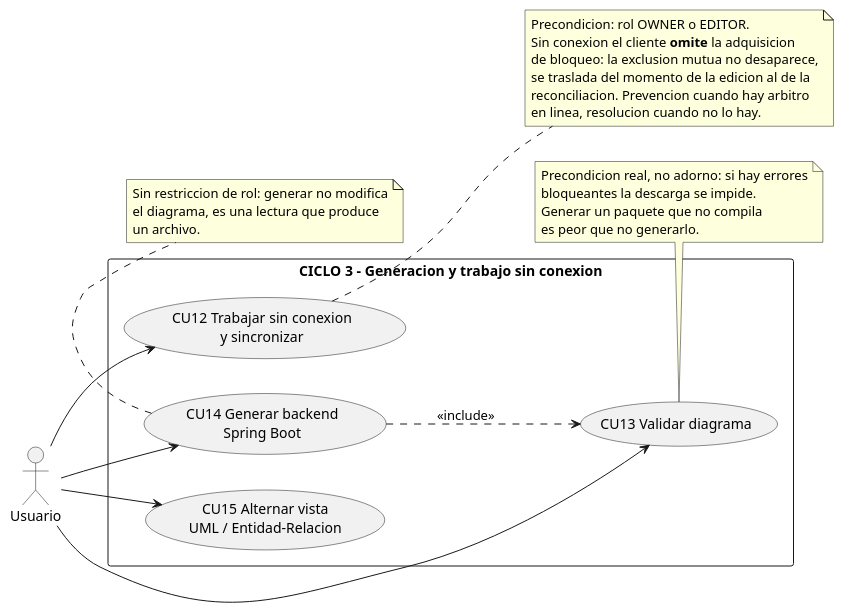
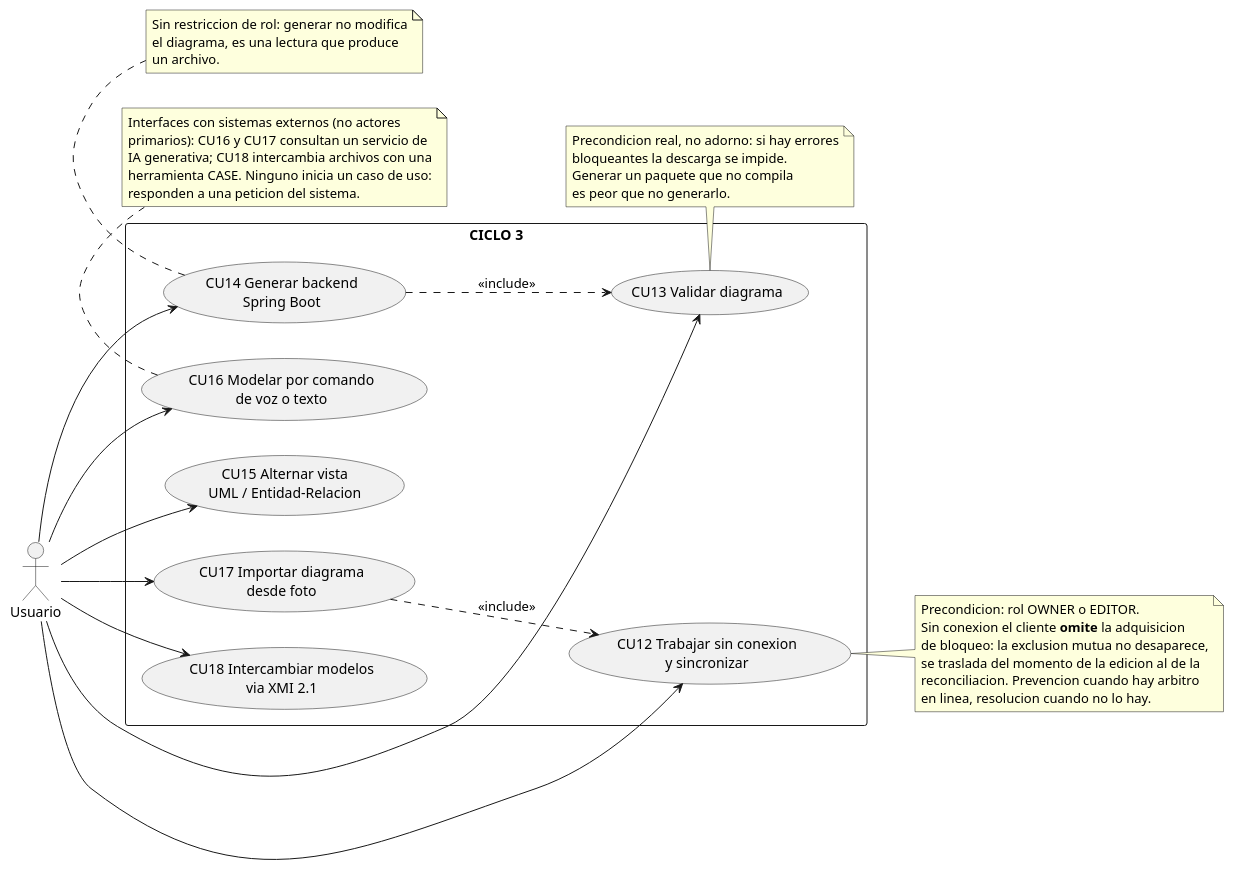
Before and after one commit to daniel-ol5/diagramacolaborativo: the diagram in docs/puds/diagramas/casos-de-uso-ciclo3.puml, drawn with PlantUML. The commit also changed 4 other files, not shown here.

```diff
--- a/docs/puds/diagramas/casos-de-uso-ciclo3.puml
+++ b/docs/puds/diagramas/casos-de-uso-ciclo3.puml
@@ -1,42 +1,57 @@
 @startuml casos-de-uso-ciclo3
-' CICLO 3 - Generacion de codigo y trabajo sin conexion
+' CICLO 3 - Generacion, trabajo sin conexion, IA e interoperabilidad
 left to right direction
 
 actor "Usuario" as U
 
-rectangle "CICLO 3 - Generacion y trabajo sin conexion" {
+rectangle "CICLO 3" {
   usecase "CU12 Trabajar sin conexion\ny sincronizar" as CU12
   usecase "CU13 Validar diagrama" as CU13
   usecase "CU14 Generar backend\nSpring Boot" as CU14
   usecase "CU15 Alternar vista\nUML / Entidad-Relacion" as CU15
+  usecase "CU16 Modelar por comando\nde voz o texto" as CU16
+  usecase "CU17 Importar diagrama\ndesde foto" as CU17
+  usecase "CU18 Intercambiar modelos\nvia XMI 2.1" as CU18
 }
 
 U --> CU12
 U --> CU13
 U --> CU14
 U --> CU15
+U --> CU16
+U --> CU17
+U --> CU18
 
 CU14 ..> CU13 : <<include>>
+CU17 ..> CU12 : <<include>>
 
 note bottom of CU13
   Precondicion real, no adorno: si hay errores
   bloqueantes la descarga se impide.
   Generar un paquete que no compila
   es peor que no generarlo.
 end note
 
 note right of CU12
   Precondicion: rol OWNER o EDITOR.
   Sin conexion el cliente **omite** la adquisicion
   de bloqueo: la exclusion mutua no desaparece,
   se traslada del momento de la edicion al de la
   reconciliacion. Prevencion cuando hay arbitro
   en linea, resolucion cuando no lo hay.
 end note
 
 note bottom of CU14
   Sin restriccion de rol: generar no modifica
   el diagrama, es una lectura que produce
   un archivo.
 end note
+
+note bottom of CU16
+  Interfaces con sistemas externos (no actores
+  primarios): CU16 y CU17 consultan un servicio de
+  IA generativa; CU18 intercambia archivos con una
+  herramienta CASE. Ninguno inicia un caso de uso:
+  responden a una peticion del sistema.
+end note
 @enduml
```
